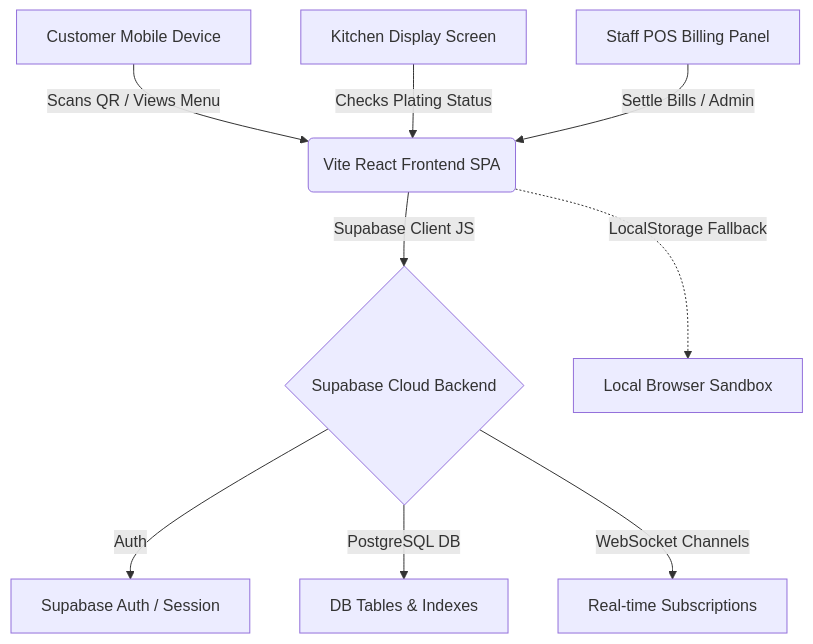
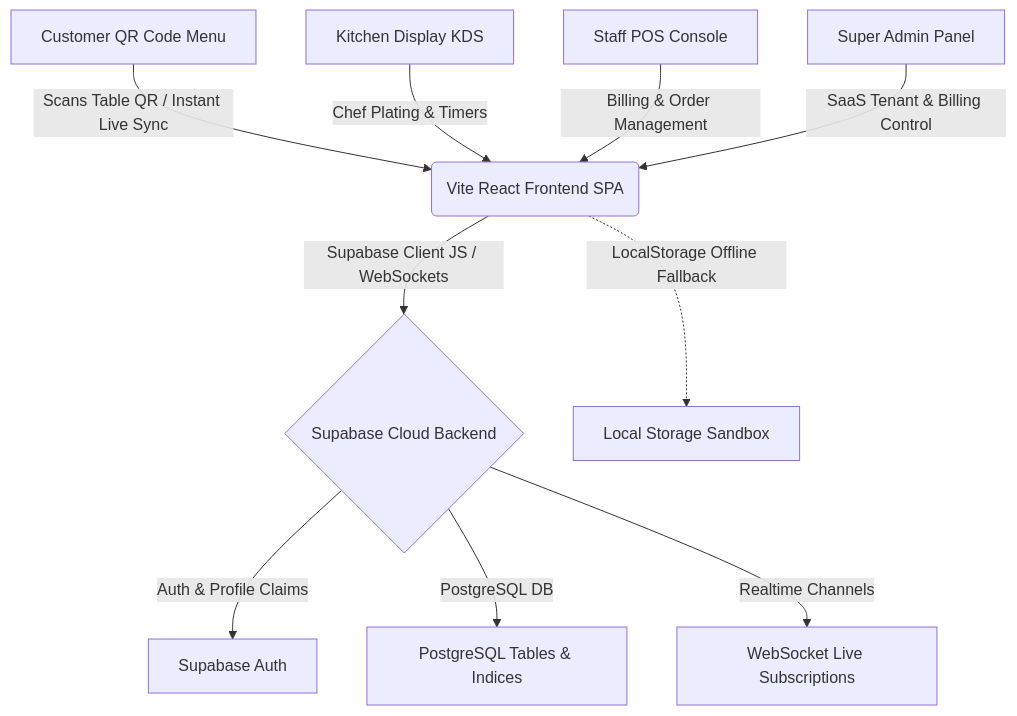
The diagram in ARCHITECTURE.md (Sahildholpuria/Digital-Order-Management-for-Restaurants), drawn with Mermaid before and after one commit. The commit also changed other lines of this file and 1 other file, not shown here.

Commit message:
Update README.md and ARCHITECTURE.md with latest real-time menu sync, Super Admin controls, monochrome design, and gourmet cloche loader animation

````diff
--- a/ARCHITECTURE.md
+++ b/ARCHITECTURE.md
@@ -12,13 +10,14 @@
 ```mermaid
 graph TD
-  A[Customer Mobile Device] -->|Scans QR / Views Menu| B(Vite React Frontend SPA)
-  C[Kitchen Display Screen] -->|Checks Plating Status| B
-  D[Staff POS Billing Panel] -->|Settle Bills / Admin| B
+  A[Customer QR Code Menu] -->|Scans Table QR / Instant Live Sync| B(Vite React Frontend SPA)
+  C[Kitchen Display KDS] -->|Chef Plating & Timers| B
+  D[Staff POS Console] -->|Billing & Order Management| B
+  E[Super Admin Panel] -->|SaaS Tenant & Billing Control| B
   
-  B -->|Supabase Client JS| E{Supabase Cloud Backend}
-  B -.->|LocalStorage Fallback| F[Local Browser Sandbox]
+  B -->|Supabase Client JS / WebSockets| F{Supabase Cloud Backend}
+  B -.->|LocalStorage Offline Fallback| G[Local Storage Sandbox]
   
-  E -->|Auth| G[Supabase Auth / Session]
-  E -->|PostgreSQL DB| H[DB Tables & Indexes]
-  E -->|WebSocket Channels| I[Real-time Subscriptions]
+  F -->|Auth & Profile Claims| H[Supabase Auth]
+  F -->|PostgreSQL DB| I[PostgreSQL Tables & Indices]
+  F -->|Realtime Channels| J[WebSocket Live Subscriptions]
 ```
````
